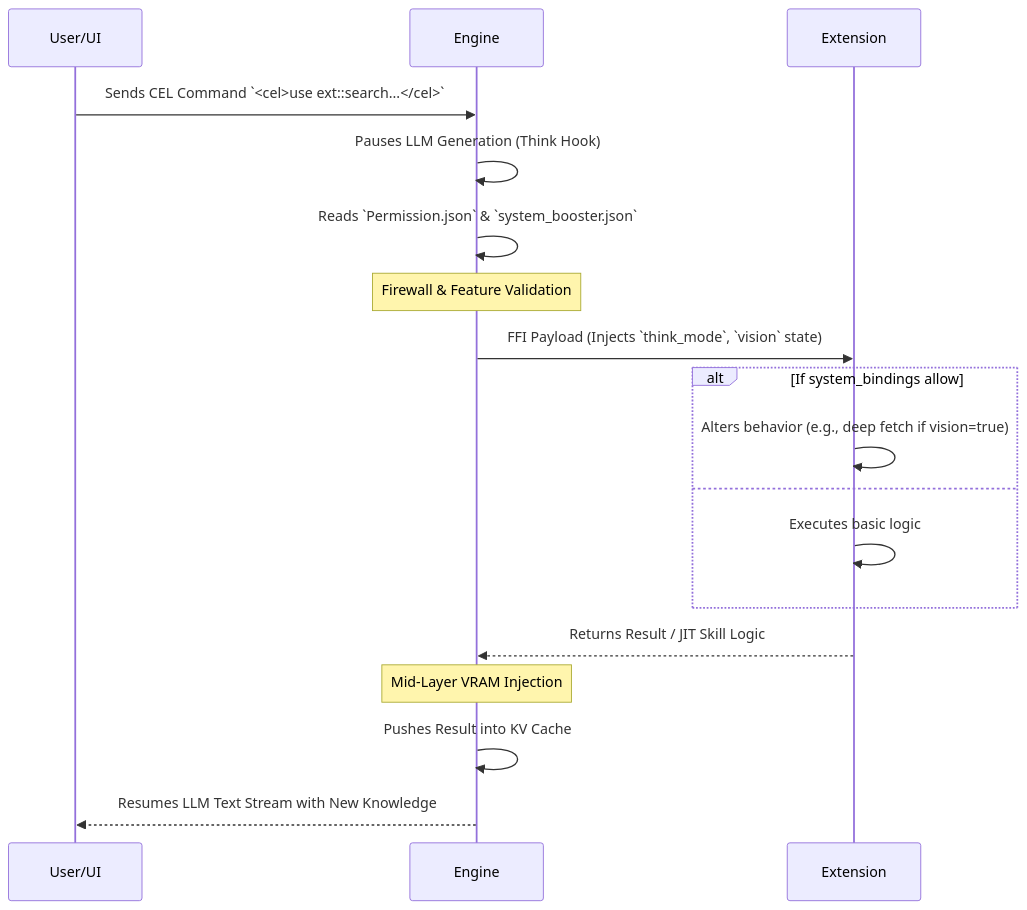
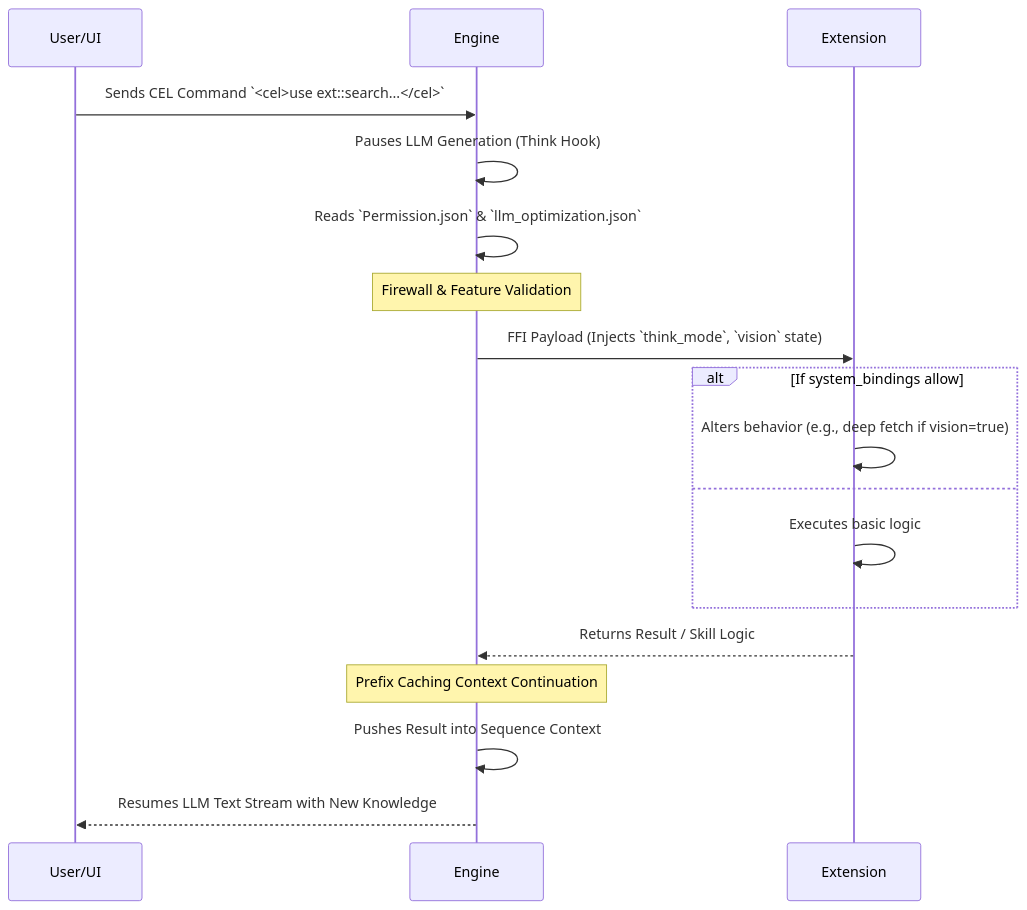
Before and after one commit to ayan-kushwaha/Cluaiz-: the diagram in docs/engine/permission.md, drawn with Mermaid. The commit also changed other lines of this file and 20 other files, not shown here.

Commit message:
docs(engine): standardize architecture docs and CEL manifests on Prefix Caching

````diff
--- a/docs/engine/permission.md
+++ b/docs/engine/permission.md
@@ -32,27 +32,27 @@
 ```mermaid
 sequenceDiagram
     participant User/UI
     participant Engine
     participant Extension
     
     User/UI->>Engine: Sends CEL Command `<cel>use ext::search...</cel>`
     Engine->>Engine: Pauses LLM Generation (Think Hook)
-    Engine->>Engine: Reads `Permission.json` & `system_booster.json`
+    Engine->>Engine: Reads `Permission.json` & `llm_optimization.json`
     
     Note over Engine: Firewall & Feature Validation
     
     Engine->>Extension: FFI Payload (Injects `think_mode`, `vision` state)
     
     alt If system_bindings allow
         Extension->>Extension: Alters behavior (e.g., deep fetch if vision=true)
     else
         Extension->>Extension: Executes basic logic
     end
     
-    Extension-->>Engine: Returns Result / JIT Skill Logic
+    Extension-->>Engine: Returns Result / Skill Logic
     
-    Note over Engine: Mid-Layer VRAM Injection
+    Note over Engine: Prefix Caching Context Continuation
     
-    Engine->>Engine: Pushes Result into KV Cache
+    Engine->>Engine: Pushes Result into Sequence Context
     Engine-->>User/UI: Resumes LLM Text Stream with New Knowledge
 ```
````
